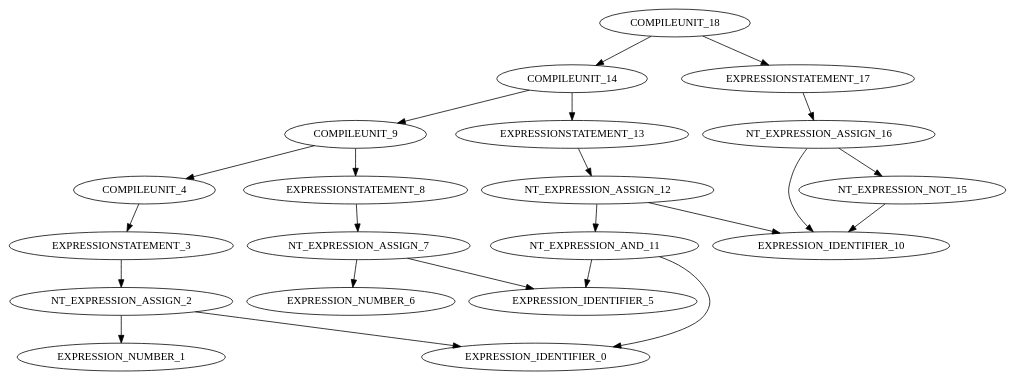
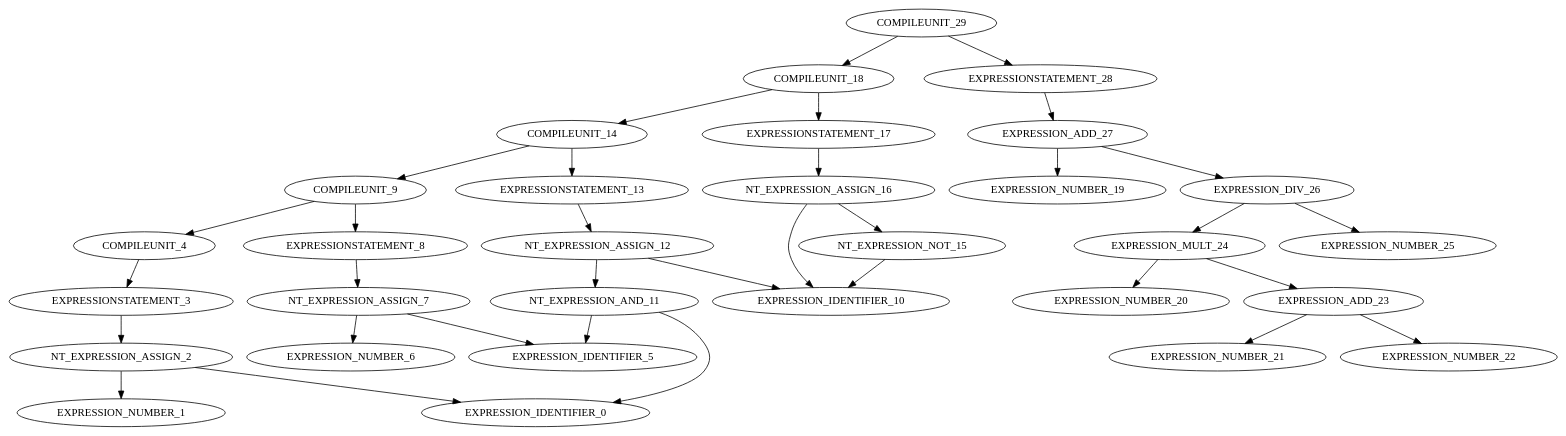
Before and after one commit to dhmhgreCompilers1/MINIC: the diagram in MINIC/ST.dot, drawn with Graphviz. The commit also changed 4 other files, not shown here.

```diff
--- a/MINIC/ST.dot
+++ b/MINIC/ST.dot
@@ -1,24 +1,35 @@
 digraph G{
+"COMPILEUNIT_29"->"COMPILEUNIT_18";
 "COMPILEUNIT_18"->"COMPILEUNIT_14";
 "COMPILEUNIT_14"->"COMPILEUNIT_9";
 "COMPILEUNIT_9"->"COMPILEUNIT_4";
 "COMPILEUNIT_4"->"EXPRESSIONSTATEMENT_3";
 "EXPRESSIONSTATEMENT_3"->"NT_EXPRESSION_ASSIGN_2";
 "NT_EXPRESSION_ASSIGN_2"->"EXPRESSION_IDENTIFIER_0";
 "NT_EXPRESSION_ASSIGN_2"->"EXPRESSION_NUMBER_1";
 "COMPILEUNIT_9"->"EXPRESSIONSTATEMENT_8";
 "EXPRESSIONSTATEMENT_8"->"NT_EXPRESSION_ASSIGN_7";
 "NT_EXPRESSION_ASSIGN_7"->"EXPRESSION_IDENTIFIER_5";
 "NT_EXPRESSION_ASSIGN_7"->"EXPRESSION_NUMBER_6";
 "COMPILEUNIT_14"->"EXPRESSIONSTATEMENT_13";
 "EXPRESSIONSTATEMENT_13"->"NT_EXPRESSION_ASSIGN_12";
 "NT_EXPRESSION_ASSIGN_12"->"EXPRESSION_IDENTIFIER_10";
 "NT_EXPRESSION_ASSIGN_12"->"NT_EXPRESSION_AND_11";
 "NT_EXPRESSION_AND_11"->"EXPRESSION_IDENTIFIER_0";
 "NT_EXPRESSION_AND_11"->"EXPRESSION_IDENTIFIER_5";
 "COMPILEUNIT_18"->"EXPRESSIONSTATEMENT_17";
 "EXPRESSIONSTATEMENT_17"->"NT_EXPRESSION_ASSIGN_16";
 "NT_EXPRESSION_ASSIGN_16"->"EXPRESSION_IDENTIFIER_10";
 "NT_EXPRESSION_ASSIGN_16"->"NT_EXPRESSION_NOT_15";
 "NT_EXPRESSION_NOT_15"->"EXPRESSION_IDENTIFIER_10";
+"COMPILEUNIT_29"->"EXPRESSIONSTATEMENT_28";
+"EXPRESSIONSTATEMENT_28"->"EXPRESSION_ADD_27";
+"EXPRESSION_ADD_27"->"EXPRESSION_NUMBER_19";
+"EXPRESSION_ADD_27"->"EXPRESSION_DIV_26";
+"EXPRESSION_DIV_26"->"EXPRESSION_MULT_24";
+"EXPRESSION_MULT_24"->"EXPRESSION_NUMBER_20";
+"EXPRESSION_MULT_24"->"EXPRESSION_ADD_23";
+"EXPRESSION_ADD_23"->"EXPRESSION_NUMBER_21";
+"EXPRESSION_ADD_23"->"EXPRESSION_NUMBER_22";
+"EXPRESSION_DIV_26"->"EXPRESSION_NUMBER_25";
 }
```
